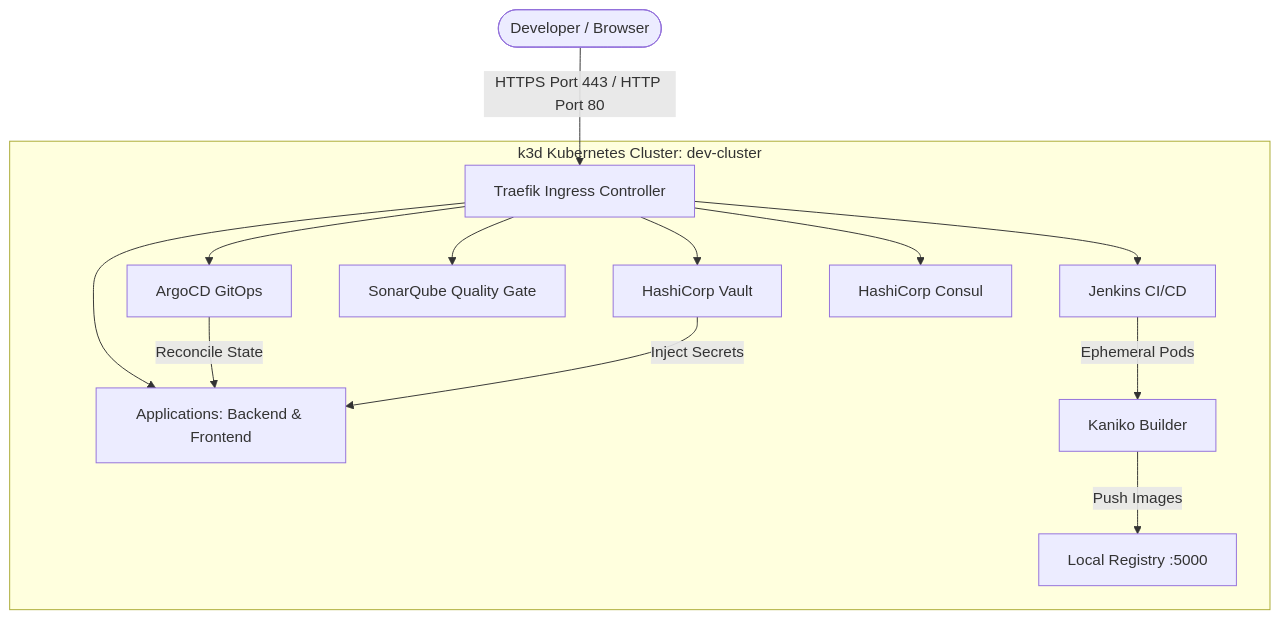
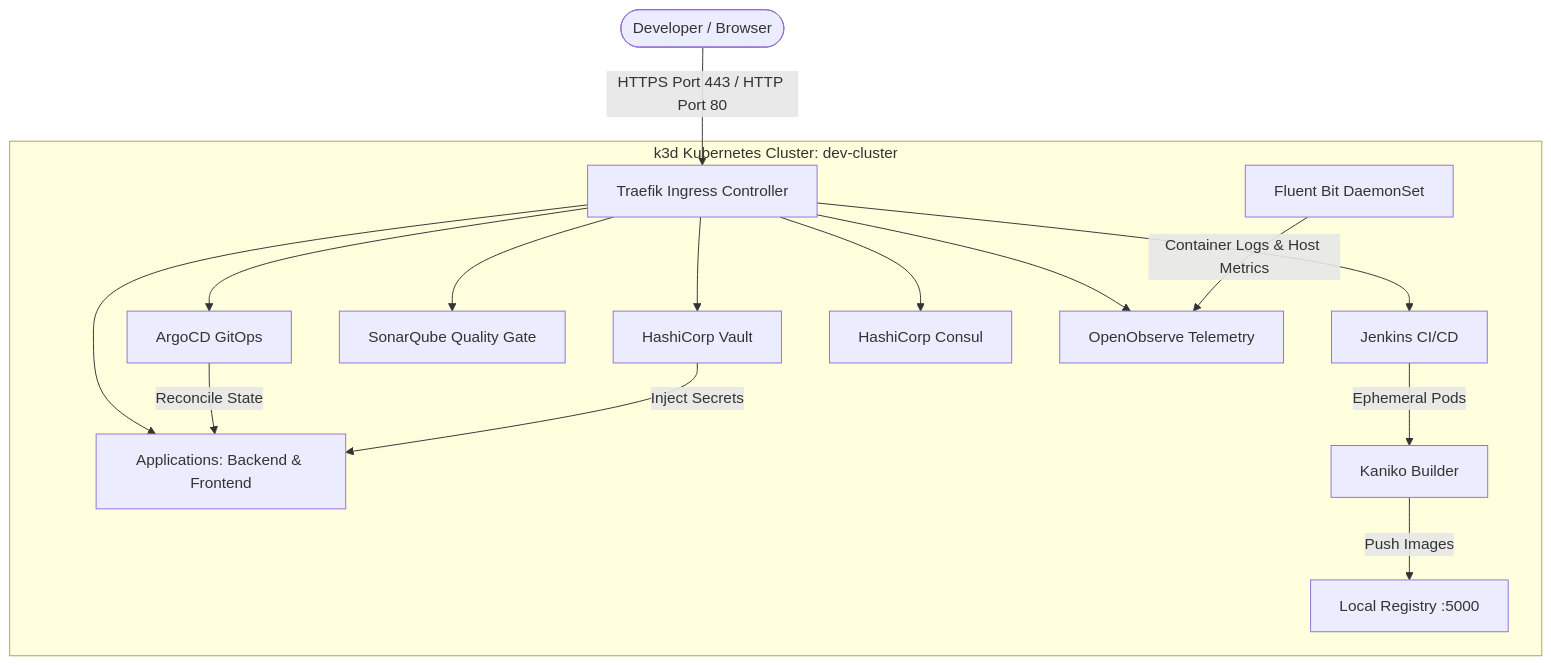
The diagram in docs/FEATURES_AND_ROADMAP.md (edmaputra/ed-devops), drawn with Mermaid before and after one commit. The commit also changed other lines of this file and 5 other files, not shown here.

First line of the commit message:
feat(dx): add healthcheck, multi-tool linting, worktree helper, and update platform roadmap

````diff
--- a/docs/FEATURES_AND_ROADMAP.md
+++ b/docs/FEATURES_AND_ROADMAP.md
@@ -18,18 +19,20 @@
 ```mermaid
 graph TD
     User([Developer / Browser]) -->|HTTPS Port 443 / HTTP Port 80| Traefik[Traefik Ingress Controller]
     
     subgraph K3sCluster [k3d Kubernetes Cluster: dev-cluster]
         Traefik --> Jenkins[Jenkins CI/CD]
         Traefik --> ArgoCD[ArgoCD GitOps]
         Traefik --> SonarQube[SonarQube Quality Gate]
         Traefik --> Vault[HashiCorp Vault]
         Traefik --> Consul[HashiCorp Consul]
+        Traefik --> OpenObserve[OpenObserve Telemetry]
         Traefik --> Apps[Applications: Backend & Frontend]
         
+        FluentBit[Fluent Bit DaemonSet] -->|Container Logs & Host Metrics| OpenObserve
         Jenkins -->|Ephemeral Pods| Kaniko[Kaniko Builder]
         Kaniko -->|Push Images| Registry[Local Registry :5000]
         ArgoCD -->|Reconcile State| Apps
         Vault -->|Inject Secrets| Apps
     end
 ```
````
